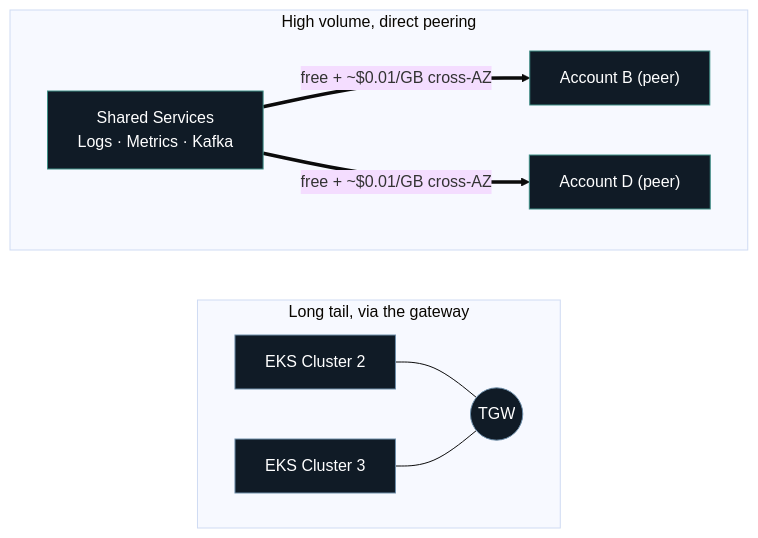
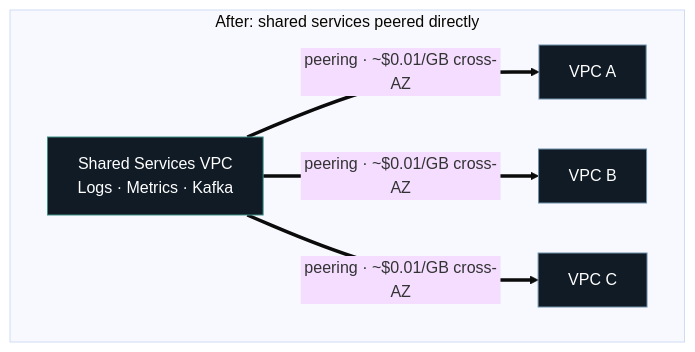
The fourth of 5 diagrams in content/posts/aws-network-evolution.md (usamaahmadkhan/usamaahmadkhan.github.io), drawn with Mermaid (base theme) before and after one commit. The commit also changed other lines of this file, not shown here.

````diff
--- a/content/posts/aws-network-evolution.md
+++ b/content/posts/aws-network-evolution.md
@@ -95,22 +93,17 @@
 ```mermaid
 flowchart LR
-    subgraph TGW_side["Long tail, via the gateway"]
+    subgraph After["After: shared services peered directly"]
         direction LR
-        C2b[EKS Cluster 2] --- TGWb(("TGW"))
-        C3b[EKS Cluster 3] --- TGWb
+        VA2["VPC A"]
+        VB2["VPC B"]
+        VC2["VPC C"]
+        L2["Shared Services VPC<br/>Logs · Metrics · Kafka"] ==>|"peering · ~$0.01/GB cross-AZ"| VA2
+        L2 ==>|"peering · ~$0.01/GB cross-AZ"| VB2
+        L2 ==>|"peering · ~$0.01/GB cross-AZ"| VC2
     end
 
-    subgraph Peer_side["High volume, direct peering"]
-        direction LR
-        SS["Shared Services<br/>Logs · Metrics · Kafka"]
-        SS ==>|"free + ~$0.01/GB cross-AZ"| AB["Account B (peer)"]
-        SS ==>|"free + ~$0.01/GB cross-AZ"| AD["Account D (peer)"]
-    end
-
-    style TGWb fill:#101B26,stroke:#6E8FAA,color:#fff
-    style C2b fill:#101B26,stroke:#6E8FAA,color:#fff
-    style C3b fill:#101B26,stroke:#6E8FAA,color:#fff
-    style SS fill:#101B26,stroke:#3E8F86,color:#fff
-    style AB fill:#101B26,stroke:#3E8F86,color:#fff
-    style AD fill:#101B26,stroke:#3E8F86,color:#fff
+    style L2 fill:#101B26,stroke:#3E8F86,color:#fff
+    style VA2 fill:#101B26,stroke:#6E8FAA,color:#fff
+    style VB2 fill:#101B26,stroke:#6E8FAA,color:#fff
+    style VC2 fill:#101B26,stroke:#6E8FAA,color:#fff
 ```
````
